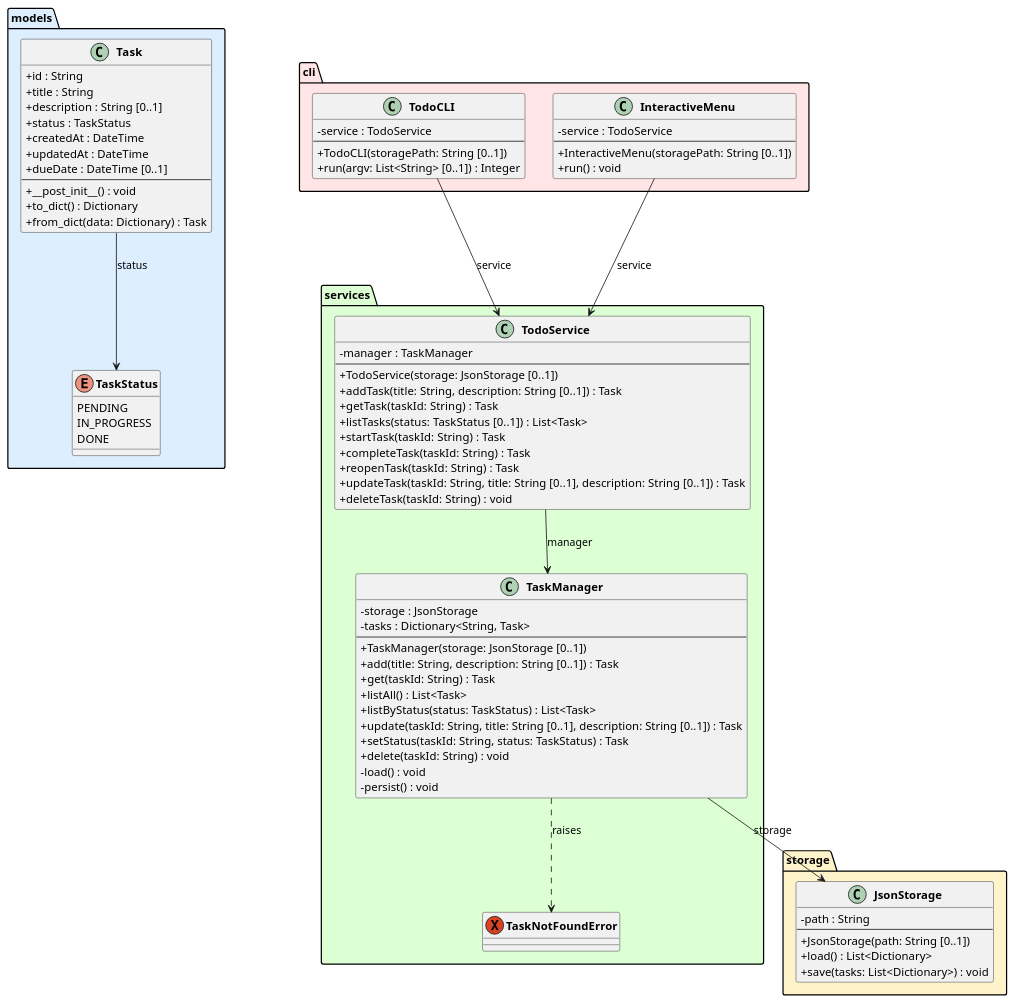
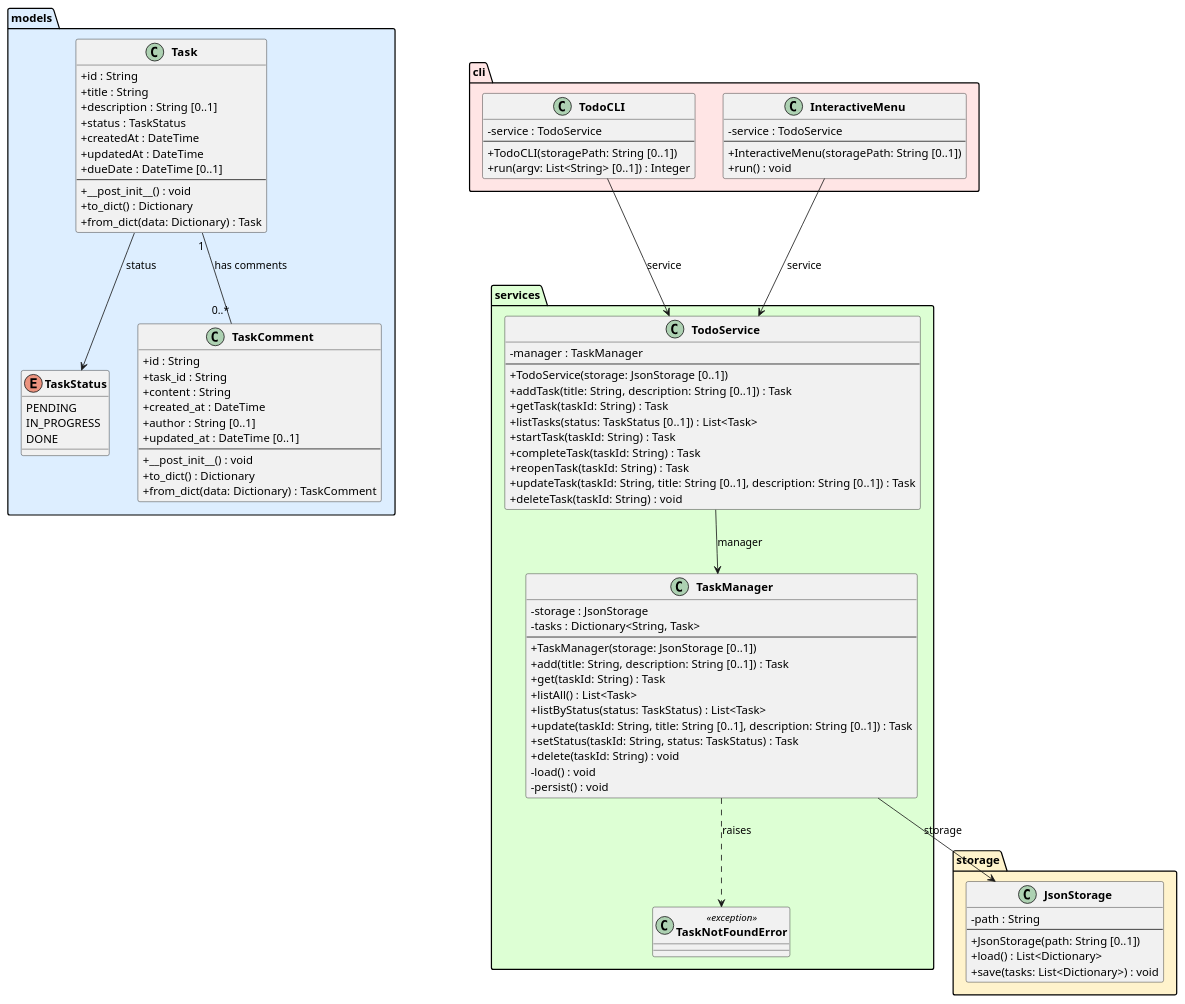
One commit to DanielRiha8906/Software_autoevolution_using_agents changed the diagram in experiments/supervisor_as_tools/test_driven/TODO/artifacts/class_diagram.puml. Above: the diagram before and after it, drawn with PlantUML. The commit also changed 5 other files, not shown here.

```diff
--- a/experiments/supervisor_as_tools/test_driven/TODO/artifacts/class_diagram.puml
+++ b/experiments/supervisor_as_tools/test_driven/TODO/artifacts/class_diagram.puml
@@ -1,95 +1,110 @@
 @startuml class_diagram
 
 skinparam classAttributeIconSize 0
 skinparam classFontStyle bold
 
 package "models" #DDEEFF {
     enum TaskStatus {
         PENDING
         IN_PROGRESS
         DONE
     }
 
     class Task {
         +id : String
         +title : String
         +description : String [0..1]
         +status : TaskStatus
         +createdAt : DateTime
         +updatedAt : DateTime
         +dueDate : DateTime [0..1]
         --
         +__post_init__() : void
         +to_dict() : Dictionary
         +from_dict(data: Dictionary) : Task
     }
+
+    class TaskComment {
+        +id : String
+        +task_id : String
+        +content : String
+        +created_at : DateTime
+        +author : String [0..1]
+        +updated_at : DateTime [0..1]
+        --
+        +__post_init__() : void
+        +to_dict() : Dictionary
+        +from_dict(data: Dictionary) : TaskComment
+    }
 }
 
 package "storage" #FFF3CC {
     class JsonStorage {
         -path : String
         --
         +JsonStorage(path: String [0..1])
         +load() : List<Dictionary>
         +save(tasks: List<Dictionary>) : void
     }
 }
 
 package "services" #DDFFD4 {
-    exception TaskNotFoundError
+    class TaskNotFoundError <<exception>> {
+    }
 
     class TaskManager {
         -storage : JsonStorage
         -tasks : Dictionary<String, Task>
         --
         +TaskManager(storage: JsonStorage [0..1])
         +add(title: String, description: String [0..1]) : Task
         +get(taskId: String) : Task
         +listAll() : List<Task>
         +listByStatus(status: TaskStatus) : List<Task>
         +update(taskId: String, title: String [0..1], description: String [0..1]) : Task
         +setStatus(taskId: String, status: TaskStatus) : Task
         +delete(taskId: String) : void
         -load() : void
         -persist() : void
     }
 
     class TodoService {
         -manager : TaskManager
         --
         +TodoService(storage: JsonStorage [0..1])
         +addTask(title: String, description: String [0..1]) : Task
         +getTask(taskId: String) : Task
         +listTasks(status: TaskStatus [0..1]) : List<Task>
         +startTask(taskId: String) : Task
         +completeTask(taskId: String) : Task
         +reopenTask(taskId: String) : Task
         +updateTask(taskId: String, title: String [0..1], description: String [0..1]) : Task
         +deleteTask(taskId: String) : void
     }
 }
 
 package "cli" #FFE5E5 {
     class TodoCLI {
         -service : TodoService
         --
         +TodoCLI(storagePath: String [0..1])
         +run(argv: List<String> [0..1]) : Integer
     }
 
     class InteractiveMenu {
         -service : TodoService
         --
         +InteractiveMenu(storagePath: String [0..1])
         +run() : void
     }
 }
 
 Task --> TaskStatus : status
+Task "1" -- "0..*" TaskComment : has comments
 TaskManager --> JsonStorage : storage
 TaskManager ..> TaskNotFoundError : raises
 TodoService --> TaskManager : manager
 TodoCLI --> TodoService : service
 InteractiveMenu --> TodoService : service
 
 @enduml
```
